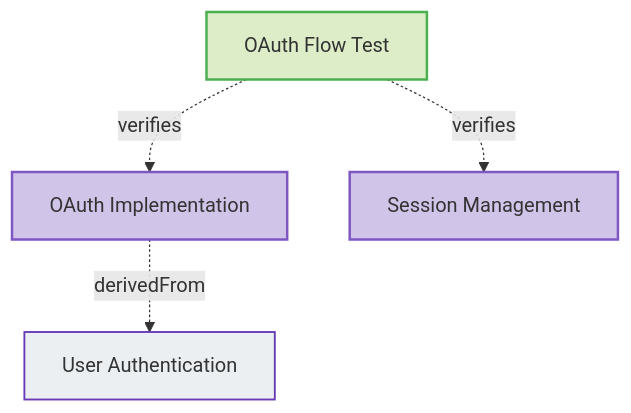
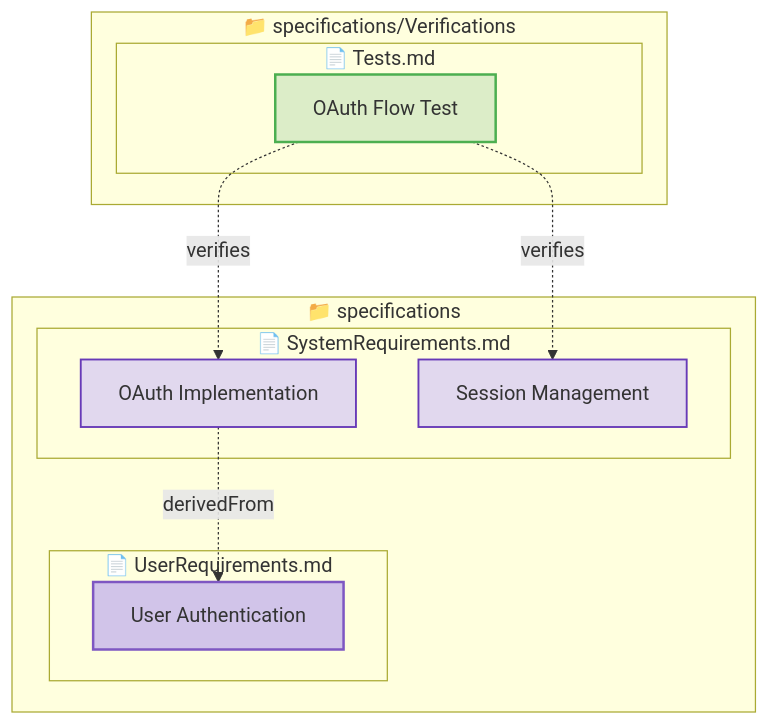
The first of 6 diagrams in tests/test-verification-traces/expected/expected_redundant_output.md (reqvire-org/reqvire), drawn with Mermaid before and after one commit. The commit also changed other lines of this file and 16 other files, not shown here.

First line of the commit message:
Add containment structure to all mermaid diagrams

````diff
--- a/tests/test-verification-traces/expected/expected_redundant_output.md
+++ b/tests/test-verification-traces/expected/expected_redundant_output.md
@@ -9,20 +9,32 @@
 ```mermaid
 graph TD
   classDef userRequirement fill:#D1C4E9,stroke:#7E57C2,stroke-width:2px;
   classDef systemRequirement fill:#E1D8EE,stroke:#673AB7,stroke-width:1.5px;
   classDef requirement fill:#ECEFF1,stroke:#673AB7,stroke-width:1.5px;
-  classDef verified fill:#D1C4E9,stroke:#7E57C2,stroke-width:2px;
   classDef verification fill:#DCEDC8,stroke:#4CAF50,stroke-width:2px;
+  classDef folder fill:#FAFAFA,stroke:#9E9E9E,stroke-width:3px;
+  classDef file fill:#FFF8E1,stroke:#FFCA28,stroke-width:2px;
+  classDef default fill:#F5F5F5,stroke:#424242,stroke-width:1.5px;
 
-  bfd26e943c93f2b8["OAuth Flow Test"]:::verification
-  click bfd26e943c93f2b8 "specifications/Verifications/Tests.md#oauth-flow-test";
-  d5a439e4972ea591["OAuth Implementation"]:::verified
-  click d5a439e4972ea591 "specifications/SystemRequirements.md#oauth-implementation";
+  subgraph b4c308bac4df6d65["📁 specifications"]
+    subgraph d76ffb0335b04f31["📄 SystemRequirements.md"]
+      d5a439e4972ea591["OAuth Implementation"]:::systemRequirement
+      click d5a439e4972ea591 "specifications/SystemRequirements.md#oauth-implementation";
+      5a755bb51a740c10["Session Management"]:::systemRequirement
+      click 5a755bb51a740c10 "specifications/SystemRequirements.md#session-management";
+    end
+    subgraph c057e38f409f215b["📄 UserRequirements.md"]
+      2934ea21a1d898a3["User Authentication"]:::userRequirement
+      click 2934ea21a1d898a3 "specifications/UserRequirements.md#user-authentication";
+    end
+  end
+  subgraph 186822cd467e0417["📁 specifications/Verifications"]
+    subgraph b64358bba6ee017f["📄 Tests.md"]
+      bfd26e943c93f2b8["OAuth Flow Test"]:::verification
+      click bfd26e943c93f2b8 "specifications/Verifications/Tests.md#oauth-flow-test";
+    end
+  end
   bfd26e943c93f2b8 -.->|verifies| d5a439e4972ea591;
-  2934ea21a1d898a3["User Authentication"]:::requirement
-  click 2934ea21a1d898a3 "specifications/UserRequirements.md#user-authentication";
+  bfd26e943c93f2b8 -.->|verifies| 5a755bb51a740c10;
   d5a439e4972ea591 -.->|derivedFrom| 2934ea21a1d898a3;
-  5a755bb51a740c10["Session Management"]:::verified
-  click 5a755bb51a740c10 "specifications/SystemRequirements.md#session-management";
-  bfd26e943c93f2b8 -.->|verifies| 5a755bb51a740c10;
 ```
````
